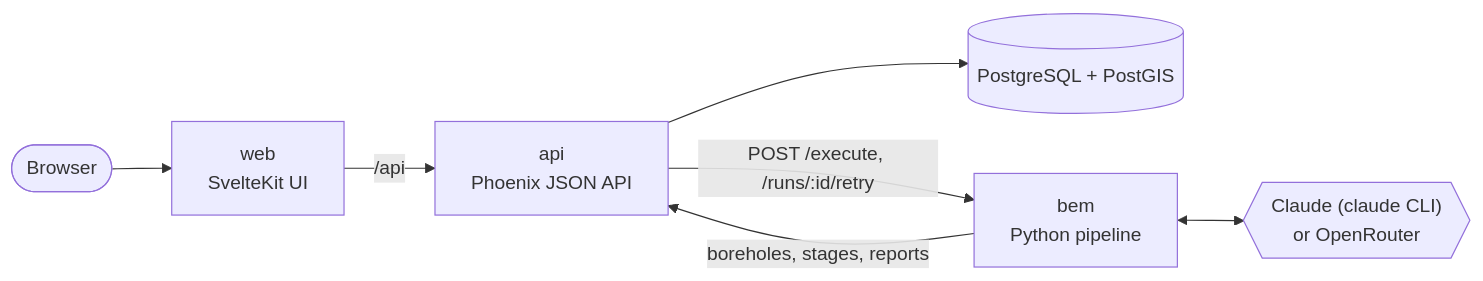
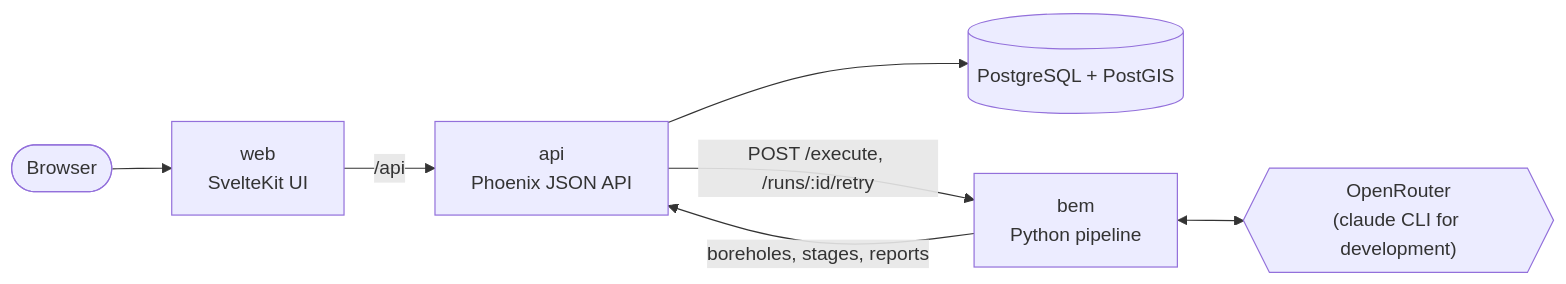
Before and after one commit to t-kelsey/smart-automation: the first of 2 diagrams in README.md, drawn with Mermaid. The commit also changed other lines of this file and 8 other files, not shown here.

````diff
--- a/README.md
+++ b/README.md
@@ -59,9 +58,9 @@
 ```mermaid
 flowchart LR
     user([Browser]) --> web
     web["web<br/>SvelteKit UI"] -->|/api| api
     api["api<br/>Phoenix JSON API"] --> db[("PostgreSQL + PostGIS")]
     api -->|"POST /execute, /runs/:id/retry"| bem
     bem["bem<br/>Python pipeline"] -->|"boreholes, stages, reports"| api
-    bem <--> llm{{"Claude (claude CLI)<br/>or OpenRouter"}}
+    bem <--> llm{{"OpenRouter<br/>(claude CLI for development)"}}
 ```
````
